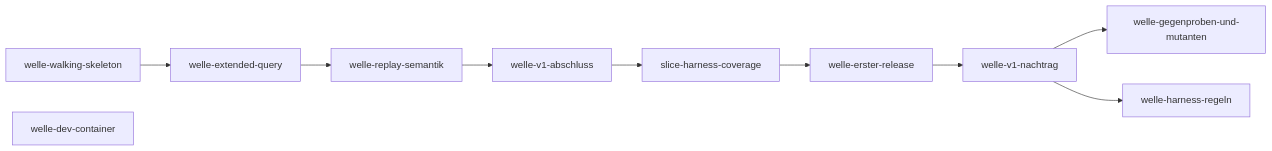
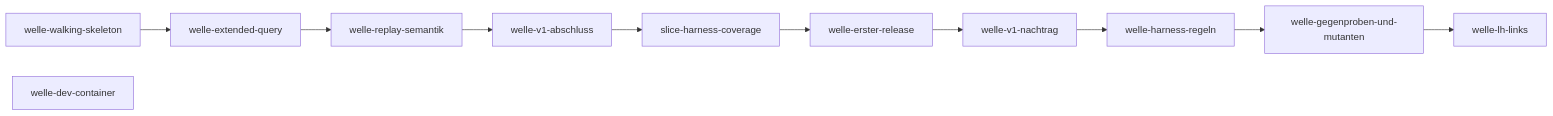
Before and after one commit to pt9912/pgwire-recorder: the diagram in docs/plan/planning/in-progress/roadmap.md, drawn with Mermaid. The commit also changed other lines of this file and 9 other files, not shown here.

Commit message:
welle-harness-regeln, welle-gegenproben-und-mutanten, welle-lh-links: Neuschnitt der Wellen 2 und 3 entlang der Harness-Reihe (Entscheidung des Nutzers vom 2026-10-18), Slices tragen die Welle-Zeile, Reihenfolge baumkopie vor lint-warten, Roadmap und Drift-Log

````diff
--- a/docs/plan/planning/in-progress/roadmap.md
+++ b/docs/plan/planning/in-progress/roadmap.md
@@ -57,21 +58,23 @@
 ```mermaid
 flowchart LR
     W1[welle-walking-skeleton]
     W2[welle-extended-query]
     W3[welle-replay-semantik]
     W4[welle-v1-abschluss]
     W5[welle-erster-release]
     W6[welle-v1-nachtrag]
     W7[welle-dev-container]
     W8[welle-gegenproben-und-mutanten]
     W9[welle-harness-regeln]
+    W10[welle-lh-links]
 
     W1 --> W2
     W2 --> W3
     W3 --> W4
     W4 --> C[slice-harness-coverage]
     C --> W5
     W5 --> W6
-    W6 --> W8
     W6 --> W9
+    W9 --> W8
+    W8 --> W10
 ```
````
